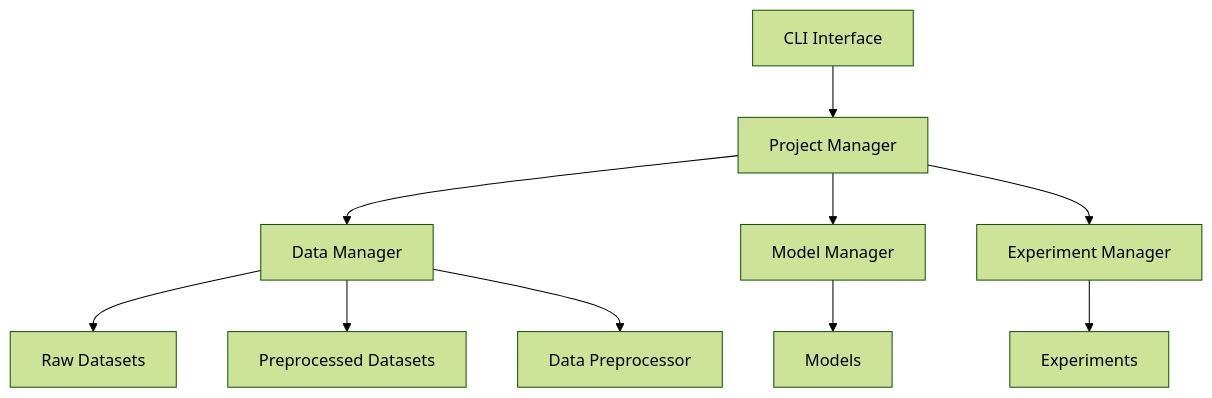
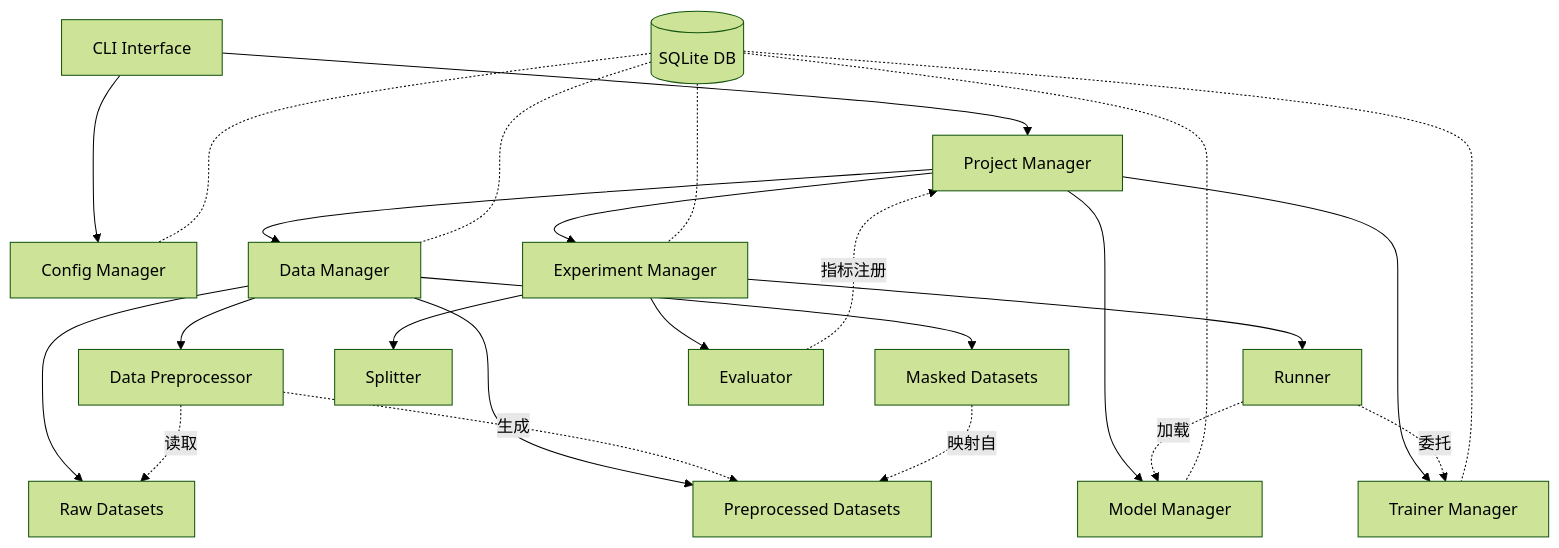
One commit to Amtlld/UESF changed the diagram in docs/design/01_overall_design.md. Above: the diagram before and after it, drawn with Mermaid (forest theme). The commit also changed other lines of this file and 8 other files, not shown here.

````diff
--- a/docs/design/01_overall_design.md
+++ b/docs/design/01_overall_design.md
@@ -22,12 +33,33 @@
 ```mermaid
 graph TD
-    A[CLI Interface] --> B[Project Manager]
-    B --> C[Data Manager]
-    B --> D[Model Manager]
-    B --> E[Experiment Manager]
-    C --> F[Raw Datasets]
-    C --> G[Preprocessed Datasets]
-    C --> J[Data Preprocessor]
-    D --> H[Models]
-    E --> I[Experiments]
+    CLI[CLI Interface] --> PM[Project Manager]
+    CLI --> CFG[Config Manager]
+    
+    PM --> DM[Data Manager]
+    PM --> MM[Model Manager]
+    PM --> TM[Trainer Manager]
+    PM --> EM[Experiment Manager]
+    
+    DM --> RAW[Raw Datasets]
+    DM --> PRE[Preprocessed Datasets]
+    DM --> MSK[Masked Datasets]
+    DM --> DP[Data Preprocessor]
+    
+    DP -.->|读取| RAW
+    DP -.->|生成| PRE
+    MSK -.->|映射自| PRE
+    
+    EM --> SPL[Splitter]
+    EM --> RUN[Runner]
+    EM --> EVL[Evaluator]
+    
+    RUN -.->|委托| TM
+    RUN -.->|加载| MM
+    EVL -.->|指标注册| PM
+    
+    DB[(SQLite DB)] -..- DM
+    DB -..- MM
+    DB -..- TM
+    DB -..- EM
+    DB -..- CFG
 ```
````
